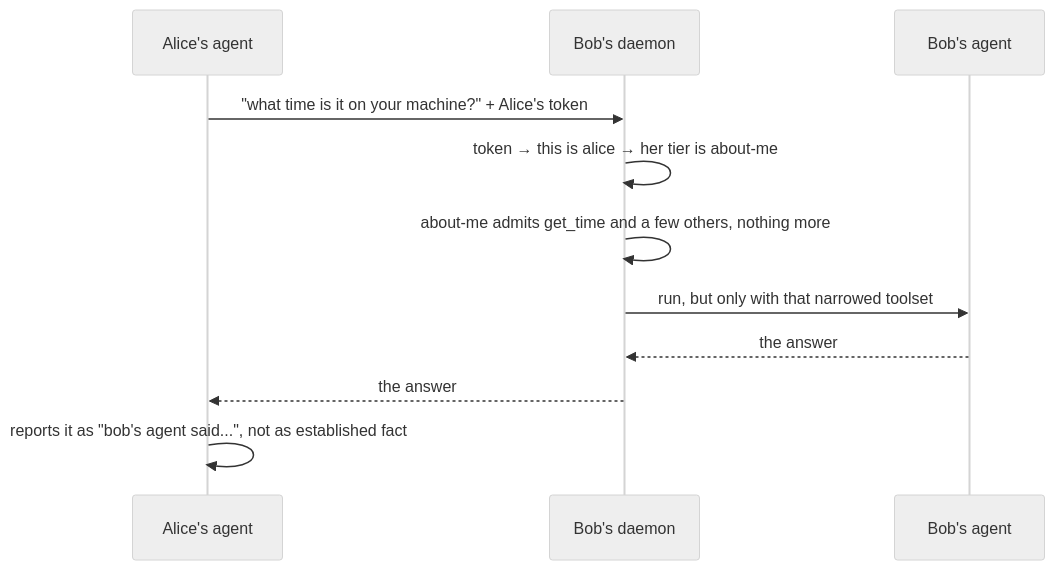
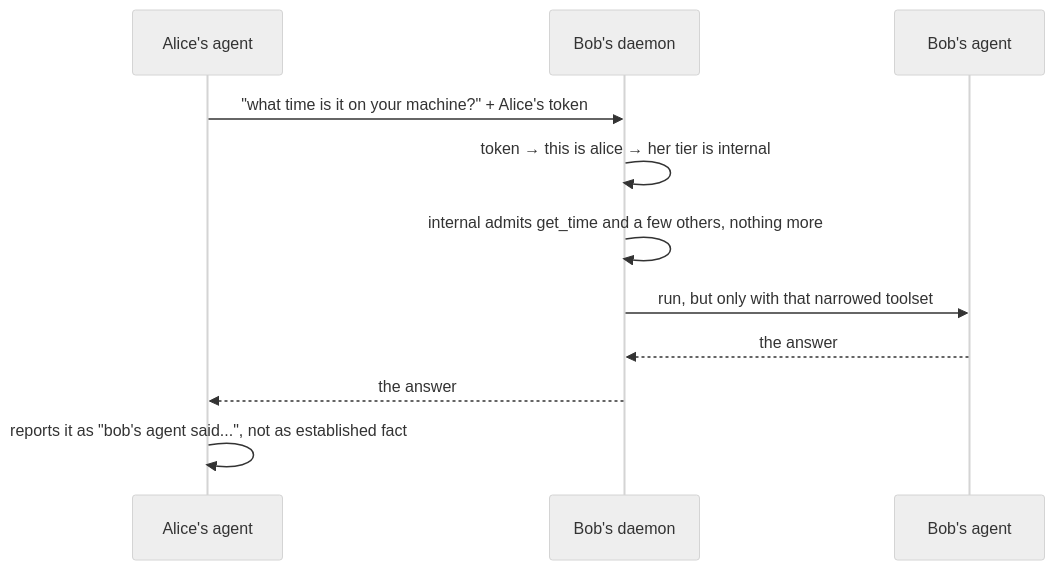
The second of 2 diagrams in packages/website/src/content/blog/agents-that-dont-trust-each-other.md (lvndry/jazz), drawn with Mermaid (neutral theme) before and after one commit. The commit also changed other lines of this file and 20 other files, not shown here.

````diff
--- a/packages/website/src/content/blog/agents-that-dont-trust-each-other.md
+++ b/packages/website/src/content/blog/agents-that-dont-trust-each-other.md
@@ -57,14 +57,14 @@
 ```mermaid
 sequenceDiagram
     participant Aa as Alice's agent
     participant Bd as Bob's daemon
     participant Ba as Bob's agent
 
     Aa->>Bd: "what time is it on your machine?" + Alice's token
-    Bd->>Bd: token → this is alice → her tier is about-me
-    Bd->>Bd: about-me admits get_time and a few others, nothing more
+    Bd->>Bd: token → this is alice → her tier is internal
+    Bd->>Bd: internal admits get_time and a few others, nothing more
     Bd->>Ba: run, but only with that narrowed toolset
     Ba-->>Bd: the answer
     Bd-->>Aa: the answer
     Aa->>Aa: reports it as "bob's agent said...", not as established fact
 ```
````
